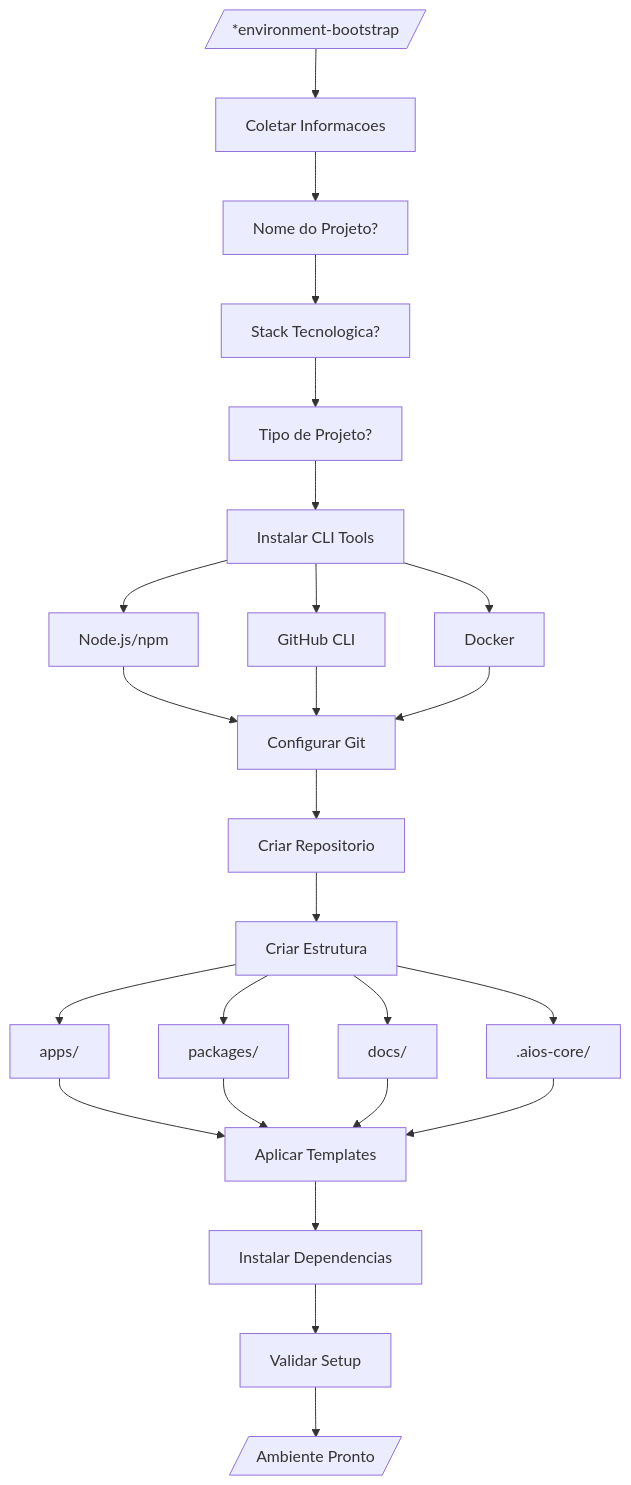
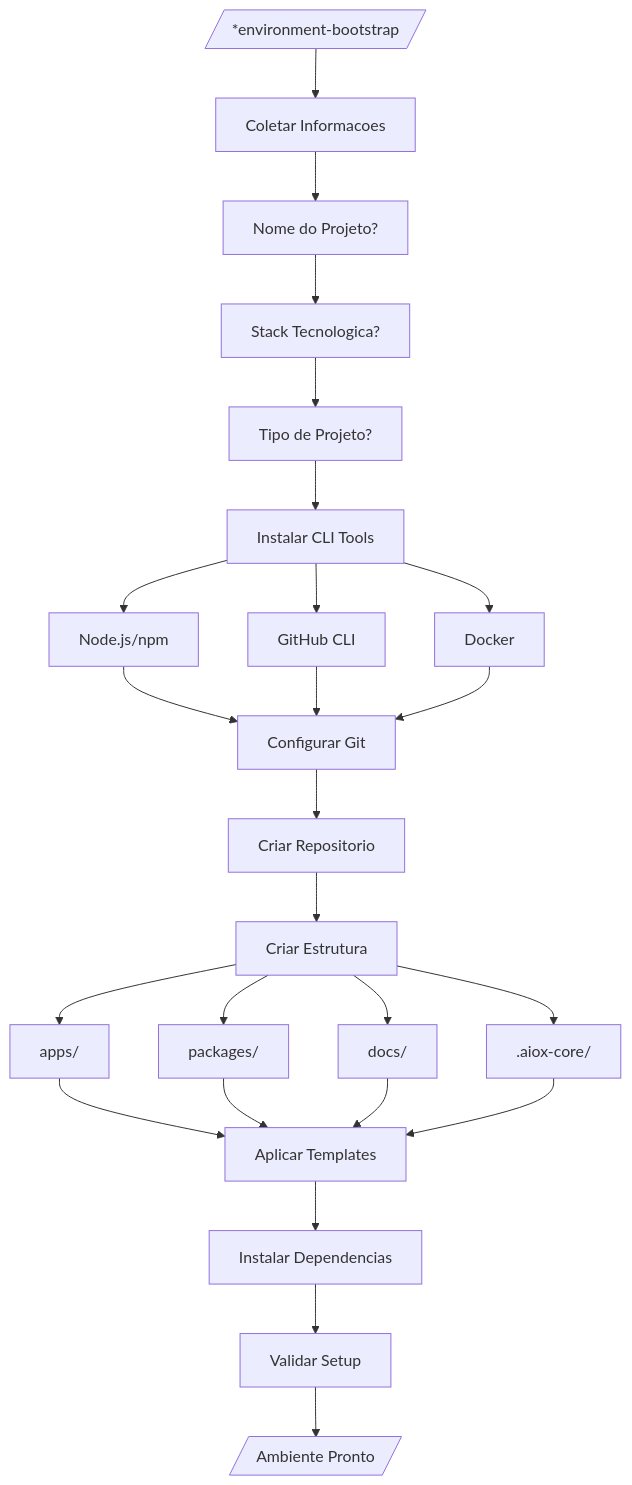
Before and after one commit to brunajunckes/aiox-core: the sixth of 7 diagrams in docs/guides/agents/DEVOPS-SYSTEM.md, drawn with Mermaid. The commit also changed other lines of this file and 3446 other files, not shown here.

First line of the commit message:
chore: rebrand aios → aiox across entire codebase (#552)

````diff
--- a/docs/guides/agents/DEVOPS-SYSTEM.md
+++ b/docs/guides/agents/DEVOPS-SYSTEM.md
@@ -235,27 +235,27 @@
 ```mermaid
 flowchart TD
     START[/"*environment-bootstrap"/] --> ELICIT["Coletar Informacoes"]
 
     ELICIT --> Q1["Nome do Projeto?"]
     Q1 --> Q2["Stack Tecnologica?"]
     Q2 --> Q3["Tipo de Projeto?"]
 
     Q3 --> INSTALL["Instalar CLI Tools"]
     INSTALL --> CLI1["Node.js/npm"]
     INSTALL --> CLI2["GitHub CLI"]
     INSTALL --> CLI3["Docker"]
 
     CLI1 & CLI2 & CLI3 --> GIT_SETUP["Configurar Git"]
     GIT_SETUP --> REPO["Criar Repositorio"]
     REPO --> STRUCTURE["Criar Estrutura"]
 
     STRUCTURE --> DIR1["apps/"]
     STRUCTURE --> DIR2["packages/"]
     STRUCTURE --> DIR3["docs/"]
-    STRUCTURE --> DIR4[".aios-core/"]
+    STRUCTURE --> DIR4[".aiox-core/"]
 
     DIR1 & DIR2 & DIR3 & DIR4 --> TEMPLATES["Aplicar Templates"]
     TEMPLATES --> DEPS["Instalar Dependencias"]
     DEPS --> VALIDATE["Validar Setup"]
     VALIDATE --> END[/"Ambiente Pronto"/]
 ```
````
